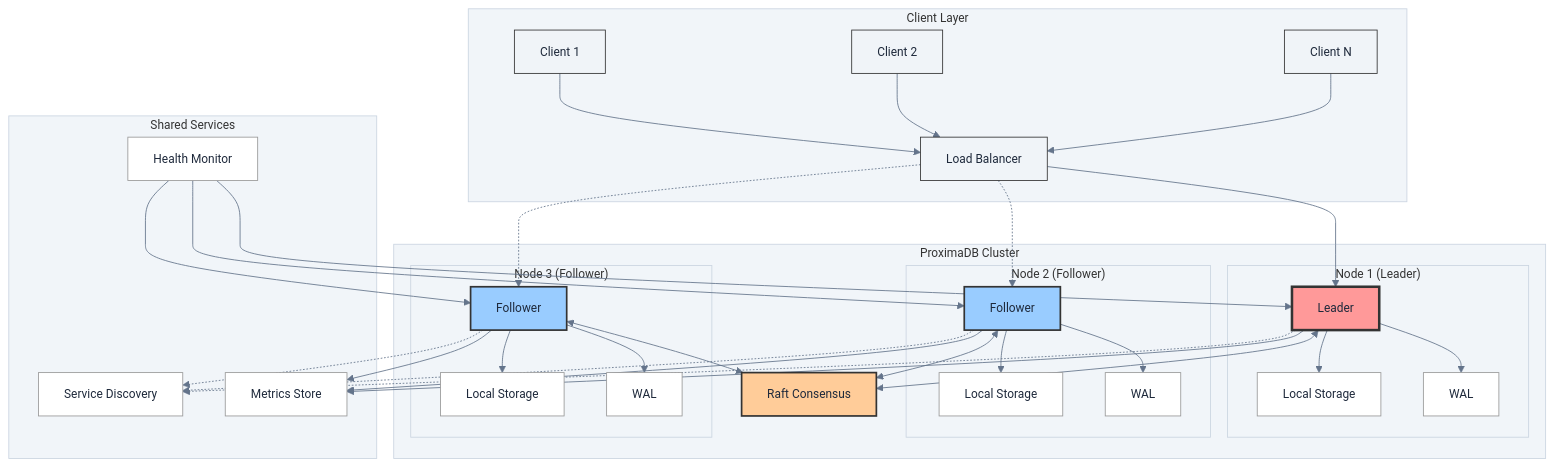
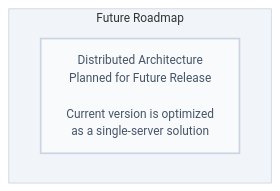
One commit to vjsingh1984/proximaDB changed the diagram in docs/diagrams/distributed-architecture.mmd. Above: the diagram before and after it, drawn with Mermaid. The commit also changed 7 other files, not shown here.

```diff
--- a/docs/diagrams/distributed-architecture.mmd
+++ b/docs/diagrams/distributed-architecture.mmd
@@ -1,78 +1,7 @@
 %%{init: {"theme":"neutral", "themeVariables": {"primaryColor":"#2563eb","primaryTextColor":"#ffffff","primaryBorderColor":"#1e40af","lineColor":"#64748b","secondaryColor":"#10b981","secondaryTextColor":"#ffffff","tertiaryColor":"#f59e0b","tertiaryTextColor":"#ffffff","background":"transparent","mainBkg":"#ffffff","secondBkg":"#f8fafc","textColor":"#1e293b","nodeTextColor":"#1e293b","fontFamily":"-apple-system, BlinkMacSystemFont, Segoe UI, Roboto, sans-serif","fontSize":"14px","clusterBkg":"#f1f5f9","clusterBorder":"#cbd5e1","edgeLabelBackground":"#ffffff"}}}%%
 graph TB
-    subgraph "Client Layer"
-        C1[Client 1]
-        C2[Client 2]
-        C3[Client N]
-        LB[Load Balancer]
+    subgraph "Future Roadmap"
+        Note[Distributed Architecture<br/>Planned for Future Release<br/><br/>Current version is optimized<br/>as a single-server solution]
     end
     
-    subgraph "ProximaDB Cluster"
-        subgraph "Node 1 (Leader)"
-            L[Leader]
-            LS[Local Storage]
-            LW[WAL]
-        end
-        
-        subgraph "Node 2 (Follower)"
-            F1[Follower]
-            F1S[Local Storage]
-            F1W[WAL]
-        end
-        
-        subgraph "Node 3 (Follower)"
-            F2[Follower]
-            F2S[Local Storage]
-            F2W[WAL]
-        end
-        
-        RC[Raft Consensus]
-    end
-    
-    subgraph "Shared Services"
-        SD[Service Discovery]
-        HM[Health Monitor]
-        MS[Metrics Store]
-    end
-    
-    C1 --> LB
-    C2 --> LB
-    C3 --> LB
-    
-    LB --> L
-    LB -.-> F1
-    LB -.-> F2
-    
-    L <--> RC
-    F1 <--> RC
-    F2 <--> RC
-    
-    L --> LW
-    L --> LS
-    F1 --> F1W
-    F1 --> F1S
-    F2 --> F2W
-    F2 --> F2S
-    
-    L -.-> SD
-    F1 -.-> SD
-    F2 -.-> SD
-    
-    HM --> L
-    HM --> F1
-    HM --> F2
-    
-    L --> MS
-    F1 --> MS
-    F2 --> MS
-    
-    %% Styling
-    classDef leader fill:#ff9999,stroke:#333,stroke-width:3px
-    classDef follower fill:#99ccff,stroke:#333,stroke-width:2px
-    classDef client fill:#f0f4f8,stroke:#333,stroke-width:1px
-    classDef consensus fill:#ffcc99,stroke:#333,stroke-width:2px
-    
-    class L leader
-    class F1,F2 follower
-    class C1,C2,C3,LB client
-    class RC consensus
+    style Note fill:#f8fafc,stroke:#cbd5e1,stroke-width:2px,color:#475569
```
